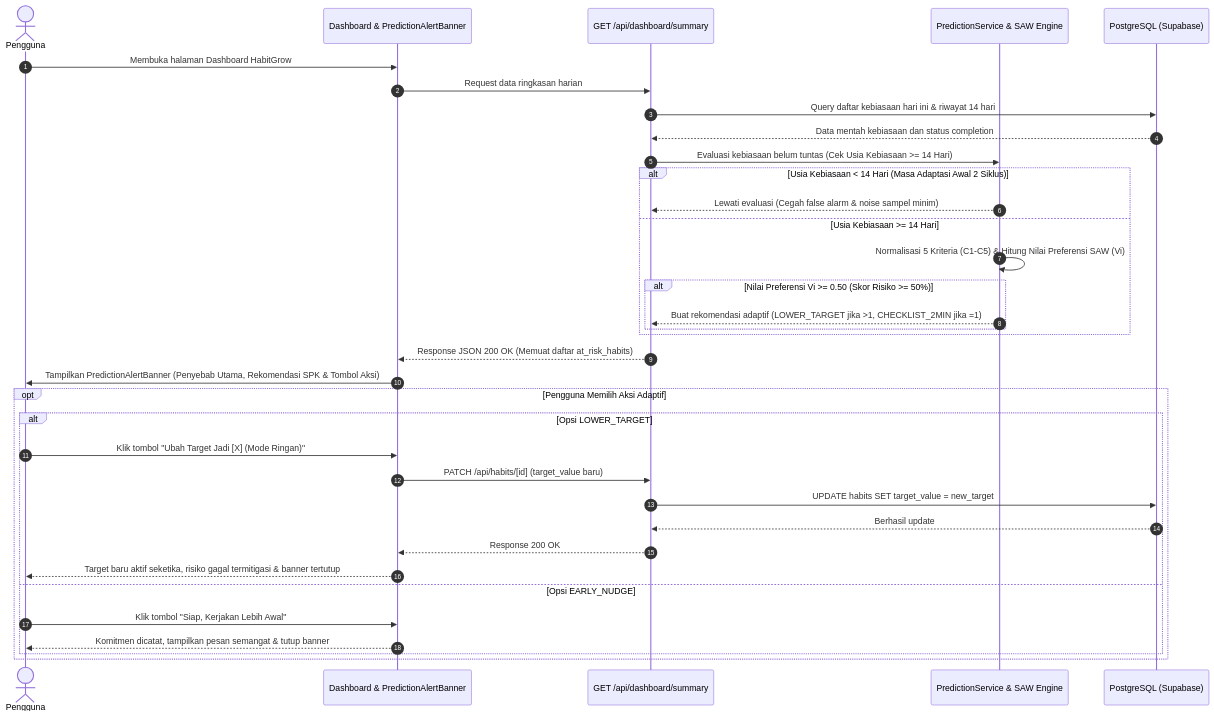
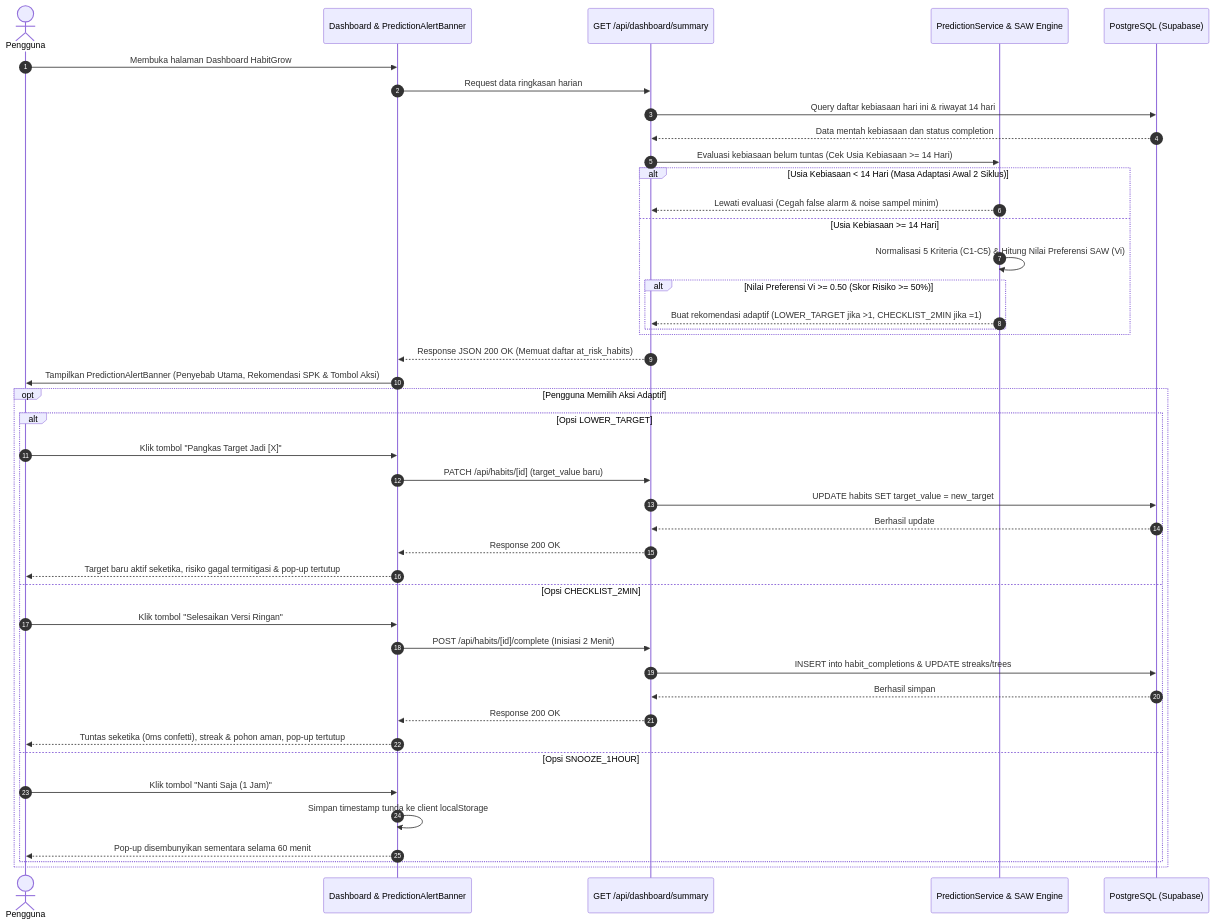
Diagram 12 of 13 in PROJECT_DOCUMENTATION.md (Vincentaa7/HabitGrow), drawn with Mermaid before and after one commit. The commit also changed other lines of this file and 3 other files, not shown here.

````diff
--- a/PROJECT_DOCUMENTATION.md
+++ b/PROJECT_DOCUMENTATION.md
@@ -1243,39 +1248,47 @@
 ```mermaid
 sequenceDiagram
     autonumber
     actor User as Pengguna
     participant UI as Dashboard & PredictionAlertBanner
     participant API as GET /api/dashboard/summary
     participant DSS as PredictionService & SAW Engine
     participant DB as PostgreSQL (Supabase)
 
     User->>UI: Membuka halaman Dashboard HabitGrow
     UI->>API: Request data ringkasan harian
     API->>DB: Query daftar kebiasaan hari ini & riwayat 14 hari
     DB-->>API: Data mentah kebiasaan dan status completion
     API->>DSS: Evaluasi kebiasaan belum tuntas (Cek Usia Kebiasaan >= 14 Hari)
     alt Usia Kebiasaan < 14 Hari (Masa Adaptasi Awal 2 Siklus)
         DSS-->>API: Lewati evaluasi (Cegah false alarm & noise sampel minim)
     else Usia Kebiasaan >= 14 Hari
         DSS->>DSS: Normalisasi 5 Kriteria (C1-C5) & Hitung Nilai Preferensi SAW (Vi)
         alt Nilai Preferensi Vi >= 0.50 (Skor Risiko >= 50%)
             DSS-->>API: Buat rekomendasi adaptif (LOWER_TARGET jika >1, CHECKLIST_2MIN jika =1)
         end
     end
     API-->>UI: Response JSON 200 OK (Memuat daftar at_risk_habits)
     UI->>User: Tampilkan PredictionAlertBanner (Penyebab Utama, Rekomendasi SPK & Tombol Aksi)
     
     opt Pengguna Memilih Aksi Adaptif
         alt Opsi LOWER_TARGET
-            User->>UI: Klik tombol "Ubah Target Jadi [X] (Mode Ringan)"
+            User->>UI: Klik tombol "Pangkas Target Jadi [X]"
             UI->>API: PATCH /api/habits/[id] (target_value baru)
             API->>DB: UPDATE habits SET target_value = new_target
             DB-->>API: Berhasil update
             API-->>UI: Response 200 OK
-            UI-->>User: Target baru aktif seketika, risiko gagal termitigasi & banner tertutup
-        else Opsi EARLY_NUDGE
-            User->>UI: Klik tombol "Siap, Kerjakan Lebih Awal"
-            UI-->>User: Komitmen dicatat, tampilkan pesan semangat & tutup banner
+            UI-->>User: Target baru aktif seketika, risiko gagal termitigasi & pop-up tertutup
+        else Opsi CHECKLIST_2MIN
+            User->>UI: Klik tombol "Selesaikan Versi Ringan"
+            UI->>API: POST /api/habits/[id]/complete (Inisiasi 2 Menit)
+            API->>DB: INSERT into habit_completions & UPDATE streaks/trees
+            DB-->>API: Berhasil simpan
+            API-->>UI: Response 200 OK
+            UI-->>User: Tuntas seketika (0ms confetti), streak & pohon aman, pop-up tertutup
+        else Opsi SNOOZE_1HOUR
+            User->>UI: Klik tombol "Nanti Saja (1 Jam)"
+            UI->>UI: Simpan timestamp tunda ke client localStorage
+            UI-->>User: Pop-up disembunyikan sementara selama 60 menit
         end
     end
 ```
````
